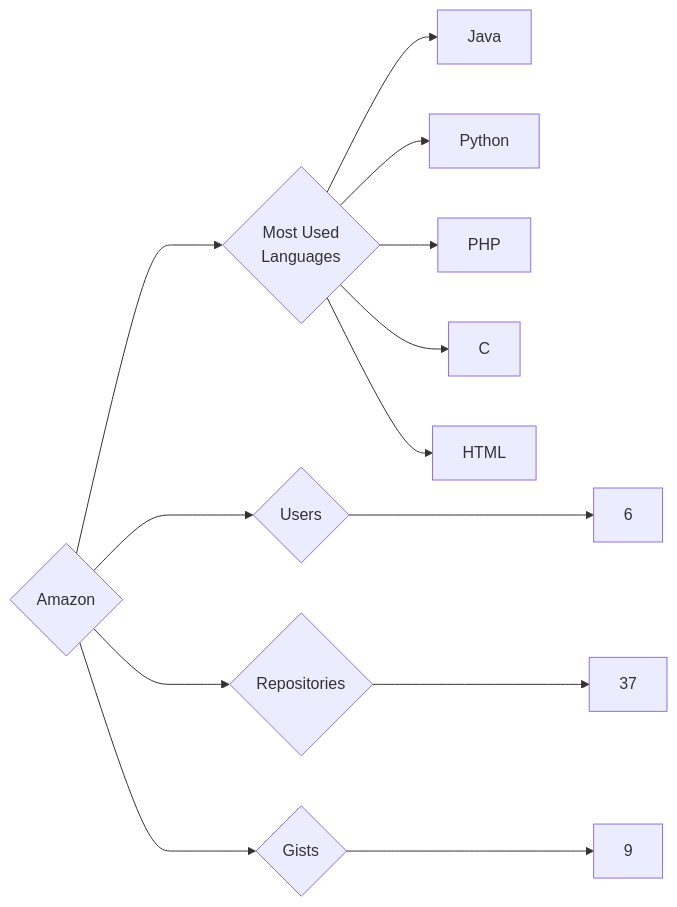
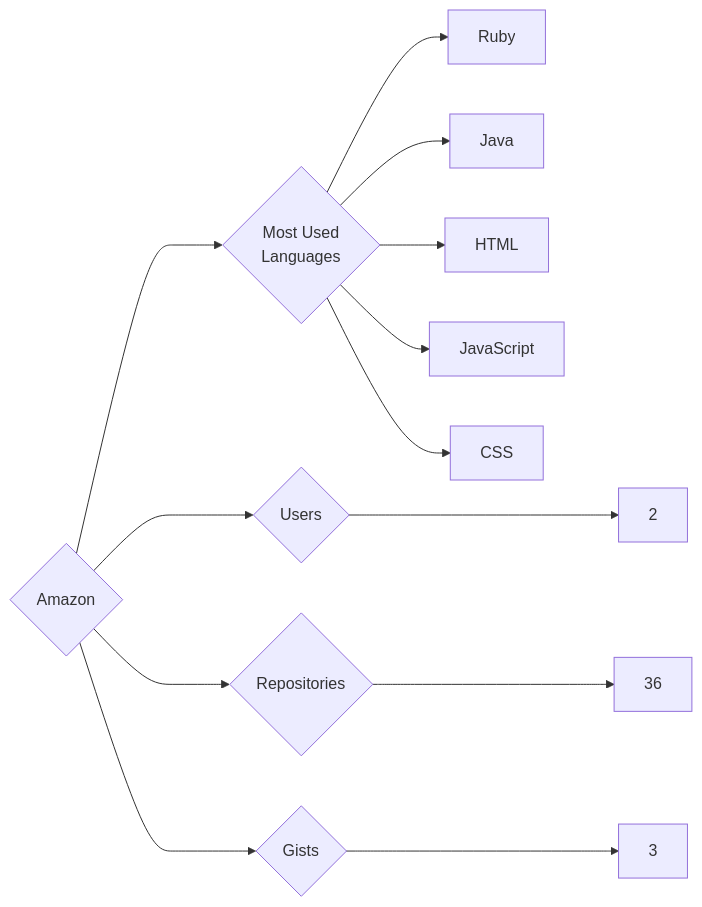
Before and after one commit to trickest/insiders: the diagram in targets/Amazon/README.md, drawn with Mermaid. The commit also changed 840 other files, not shown here.

````diff
--- a/targets/Amazon/README.md
+++ b/targets/Amazon/README.md
@@ -3,13 +3,13 @@
 ```mermaid
 graph LR
 COMPANY_NAME{Amazon}
-COMPANY_NAME ---> U{Users} ---> UN[6]
-COMPANY_NAME ---> R{Repositories} ---> RN[37]
-COMPANY_NAME ---> G{Gists} ---> GN[9]
+COMPANY_NAME ---> U{Users} ---> UN[2]
+COMPANY_NAME ---> R{Repositories} ---> RN[36]
+COMPANY_NAME ---> G{Gists} ---> GN[3]
 COMPANY_NAME ---> ML{Most Used<br>Languages}
+ML --> Ruby[Ruby]
 ML --> Java[Java]
-ML --> Python[Python]
-ML --> PHP[PHP]
-ML --> C[C]
 ML --> HTML[HTML]
+ML --> JavaScript[JavaScript]
+ML --> CSS[CSS]
 ```
````
